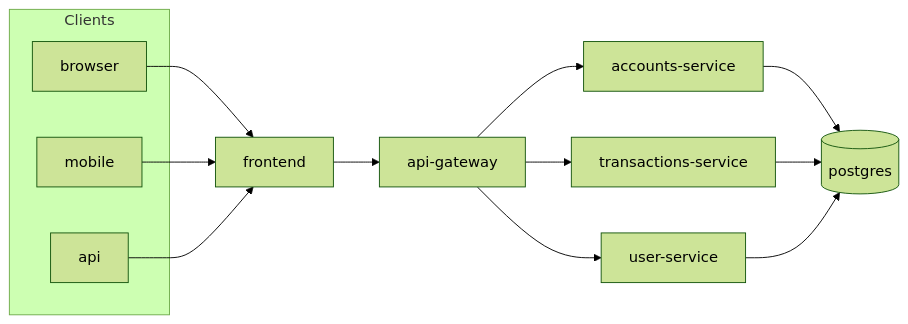
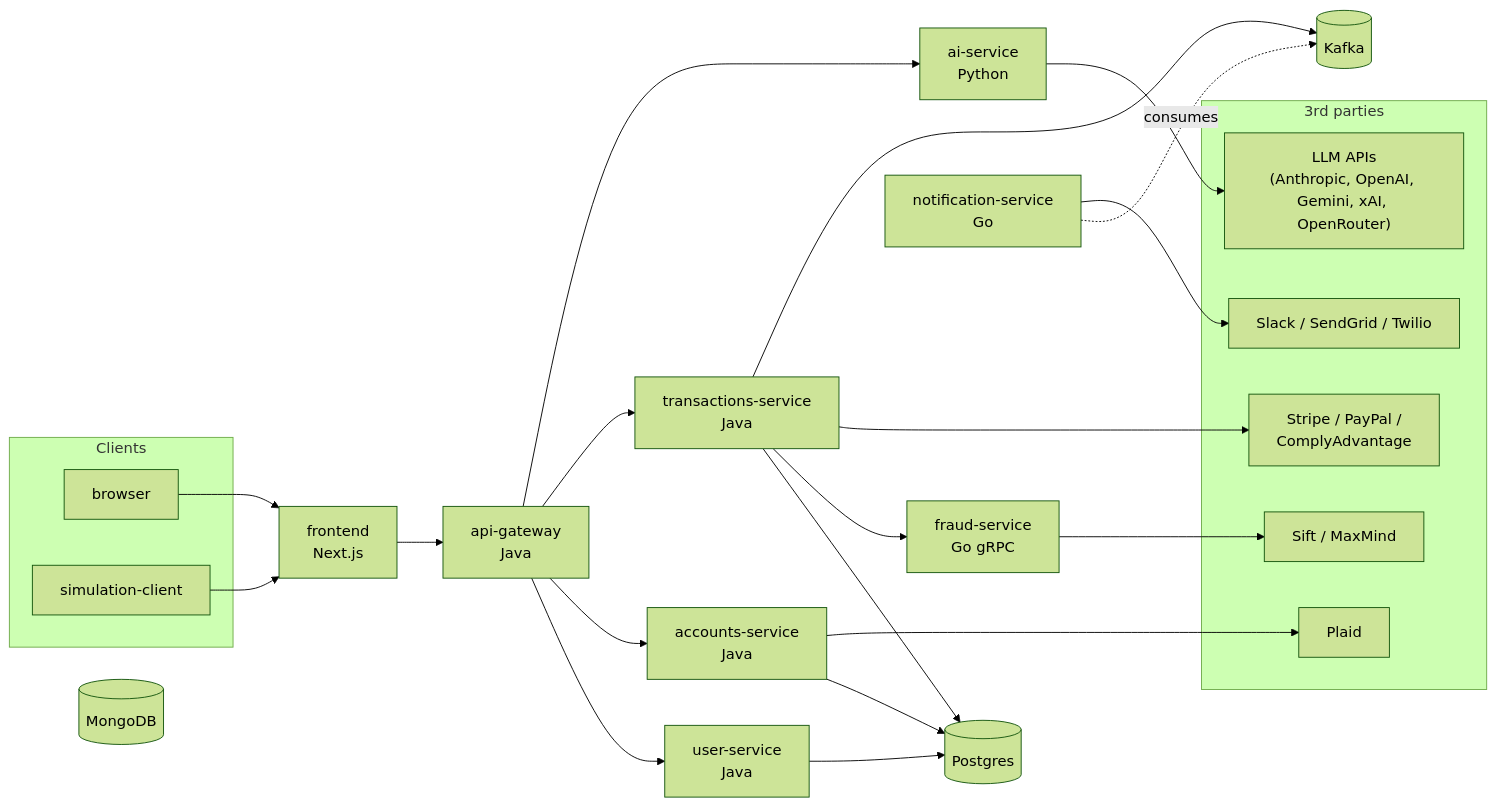
Before and after one commit to speedscale/microsvc: the diagram in README.md, drawn with Mermaid (forest theme). The commit also changed other lines of this file, not shown here.

````diff
--- a/README.md
+++ b/README.md
@@ -42,25 +53,52 @@
 ```mermaid
 flowchart LR
   subgraph clients["Clients"]
     browser[browser]
-    mobile[mobile]
-    api[api]
+    sim[simulation-client]
   end
-  frontend[frontend]
-  gateway[api-gateway]
-  accounts[accounts-service]
-  transactions[transactions-service]
-  users[user-service]
-  postgres[(postgres)]
+
+  frontend[frontend<br/>Next.js]
+  gateway[api-gateway<br/>Java]
+  accounts[accounts-service<br/>Java]
+  transactions[transactions-service<br/>Java]
+  users[user-service<br/>Java]
+  ai[ai-service<br/>Python]
+  fraud[fraud-service<br/>Go gRPC]
+  notif[notification-service<br/>Go]
+
+  postgres[(Postgres)]
+  mongo[(MongoDB)]
+  kafka[(Kafka)]
+
+  subgraph thirdparty["3rd parties"]
+    llm["LLM APIs<br/>(Anthropic, OpenAI, Gemini, xAI, OpenRouter)"]
+    payments["Stripe / PayPal /<br/>ComplyAdvantage"]
+    messaging["Slack / SendGrid / Twilio"]
+    plaid["Plaid"]
+    risk["Sift / MaxMind"]
+  end
 
   browser --> frontend
-  mobile --> frontend
-  api --> frontend
+  sim --> frontend
   frontend --> gateway
+  gateway --> users
   gateway --> accounts
   gateway --> transactions
-  gateway --> users
+  gateway --> ai
+
   accounts --> postgres
   transactions --> postgres
   users --> postgres
+  accounts --> plaid
+
+  transactions --> fraud
+  transactions --> payments
+  transactions --> kafka
+
+  fraud --> risk
+
+  ai --> llm
+
+  notif -.consumes.-> kafka
+  notif --> messaging
 ```
````
